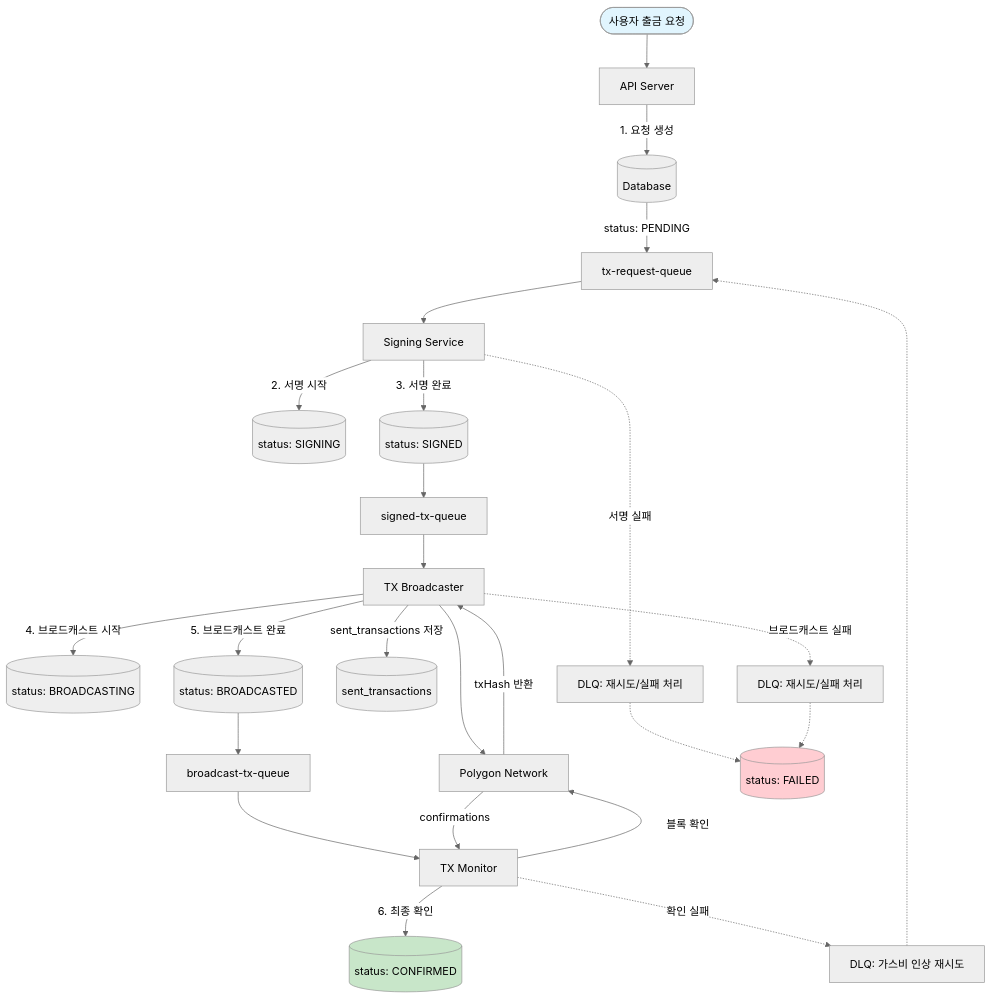
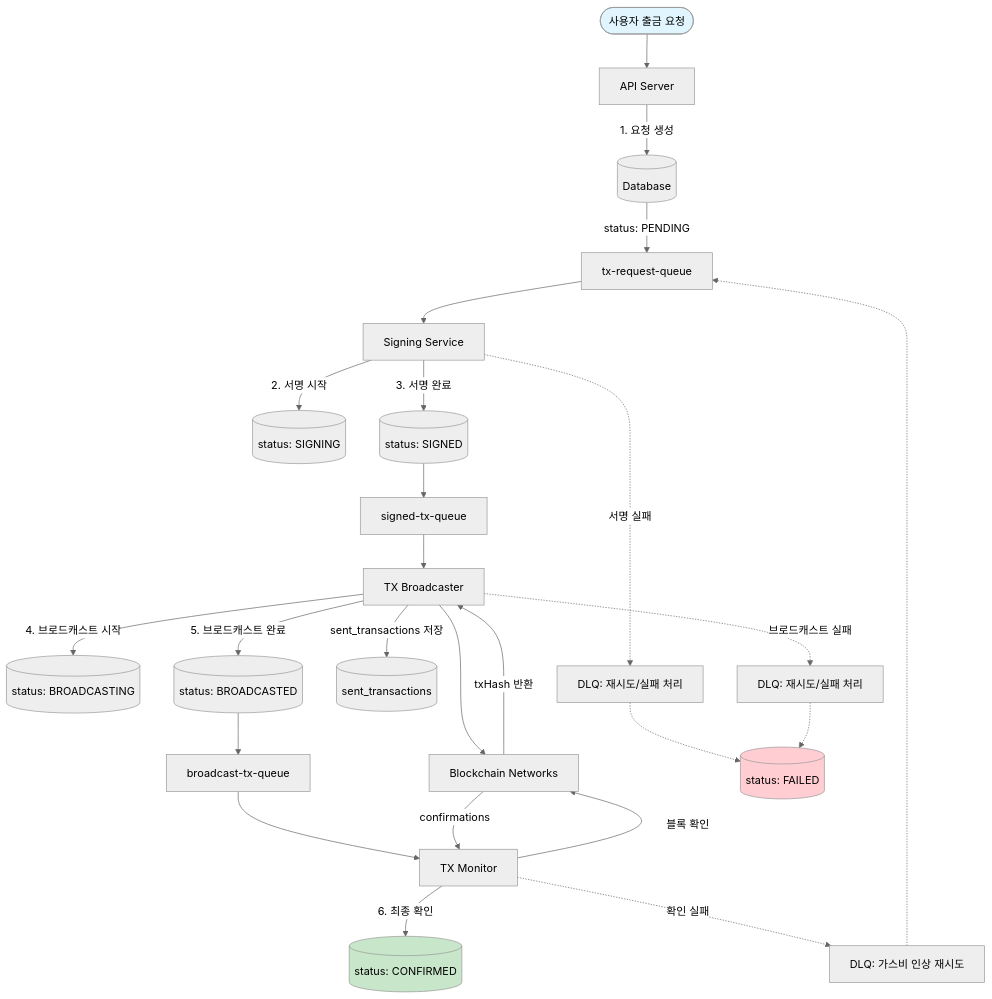
One commit to globalmsq/asset-withdrawal-monorepo changed the first of 5 diagrams in docs/TRANSACTION_LIFECYCLE.md. Above: the diagram before and after it, drawn with Mermaid (neutral theme). The commit also changed other lines of this file and 3 other files, not shown here.

First line of the commit message:
docs: Update architecture diagrams to reflect multi-chain support

````diff
--- a/docs/TRANSACTION_LIFECYCLE.md
+++ b/docs/TRANSACTION_LIFECYCLE.md
@@ -46,38 +46,38 @@
 ```mermaid
 graph TB
     Start([사용자 출금 요청]) --> API[API Server]
 
     API --> |1. 요청 생성| DB[(Database)]
     DB --> |status: PENDING| Queue1[tx-request-queue]
 
     Queue1 --> SigningService[Signing Service]
     SigningService --> |2. 서명 시작| DB2[(status: SIGNING)]
     SigningService --> |3. 서명 완료| DB3[(status: SIGNED)]
     DB3 --> Queue2[signed-tx-queue]
 
     Queue2 --> TxBroadcaster[TX Broadcaster]
     TxBroadcaster --> |4. 브로드캐스트 시작| DB4[(status: BROADCASTING)]
-    TxBroadcaster --> Blockchain[Polygon Network]
+    TxBroadcaster --> Blockchain[Blockchain Networks]
     Blockchain --> |txHash 반환| TxBroadcaster
     TxBroadcaster --> |5. 브로드캐스트 완료| DB5[(status: BROADCASTED)]
     TxBroadcaster --> |sent_transactions 저장| DB_ST[(sent_transactions)]
     DB5 --> Queue3[broadcast-tx-queue]
 
     Queue3 --> TxMonitor[TX Monitor]
     TxMonitor --> |블록 확인| Blockchain
     Blockchain --> |confirmations| TxMonitor
     TxMonitor --> |6. 최종 확인| DB6[(status: CONFIRMED)]
 
     %% Error Flows
     SigningService -.->|서명 실패| DLQ1[DLQ: 재시도/실패 처리]
     TxBroadcaster -.->|브로드캐스트 실패| DLQ2[DLQ: 재시도/실패 처리]
     TxMonitor -.->|확인 실패| DLQ3[DLQ: 가스비 인상 재시도]
 
     DLQ1 -.-> DB_Failed[(status: FAILED)]
     DLQ2 -.-> DB_Failed
     DLQ3 -.-> Queue1
 
     style Start fill:#e1f5fe
     style DB6 fill:#c8e6c9
     style DB_Failed fill:#ffcdd2
 ```
````
